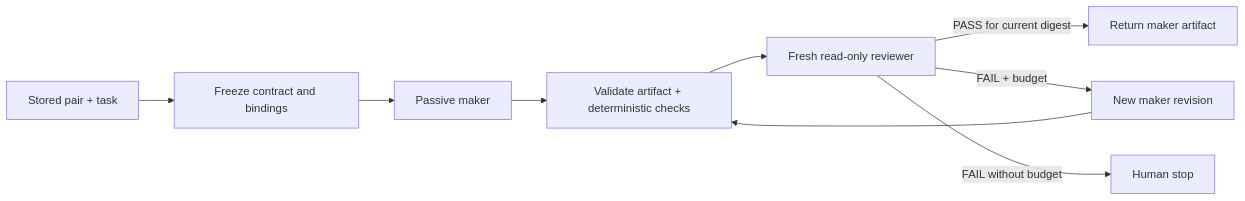
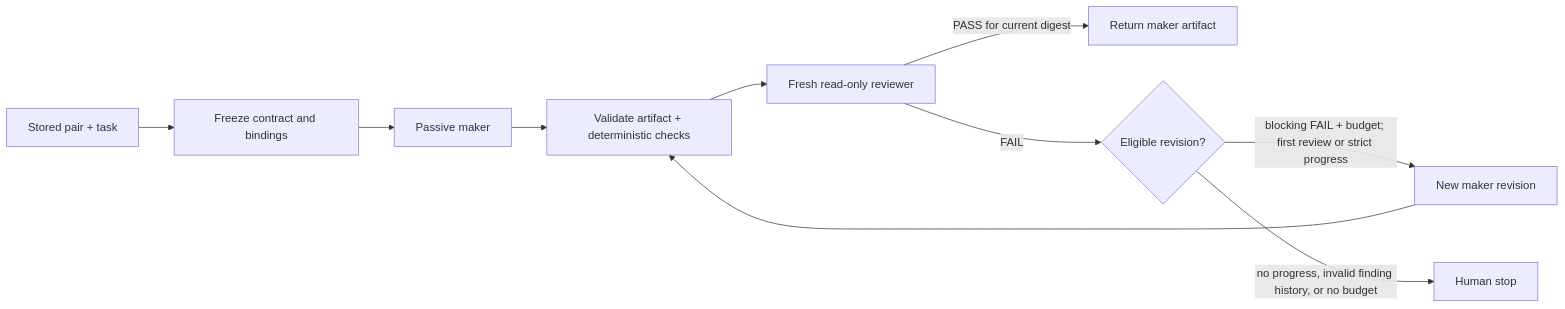
The diagram in docs/maker-checker.md (ajyadav013/claude-kit), drawn with Mermaid before and after one commit. The commit also changed other lines of this file and 78 other files, not shown here.

````diff
--- a/docs/maker-checker.md
+++ b/docs/maker-checker.md
@@ -250,11 +258,12 @@
 ```mermaid
 flowchart LR
     C["Stored pair + task"] --> F["Freeze contract and bindings"]
     F --> M["Passive maker"]
     M --> V["Validate artifact + deterministic checks"]
     V --> R["Fresh read-only reviewer"]
     R -->|"PASS for current digest"| O["Return maker artifact"]
-    R -->|"FAIL + budget"| M2["New maker revision"]
+    R -->|"FAIL"| P{"Eligible revision?"}
+    P -->|"blocking FAIL + budget; first review or strict progress"| M2["New maker revision"]
     M2 --> V
-    R -->|"FAIL without budget"| H["Human stop"]
+    P -->|"no progress, invalid finding history, or no budget"| H["Human stop"]
 ```
````
